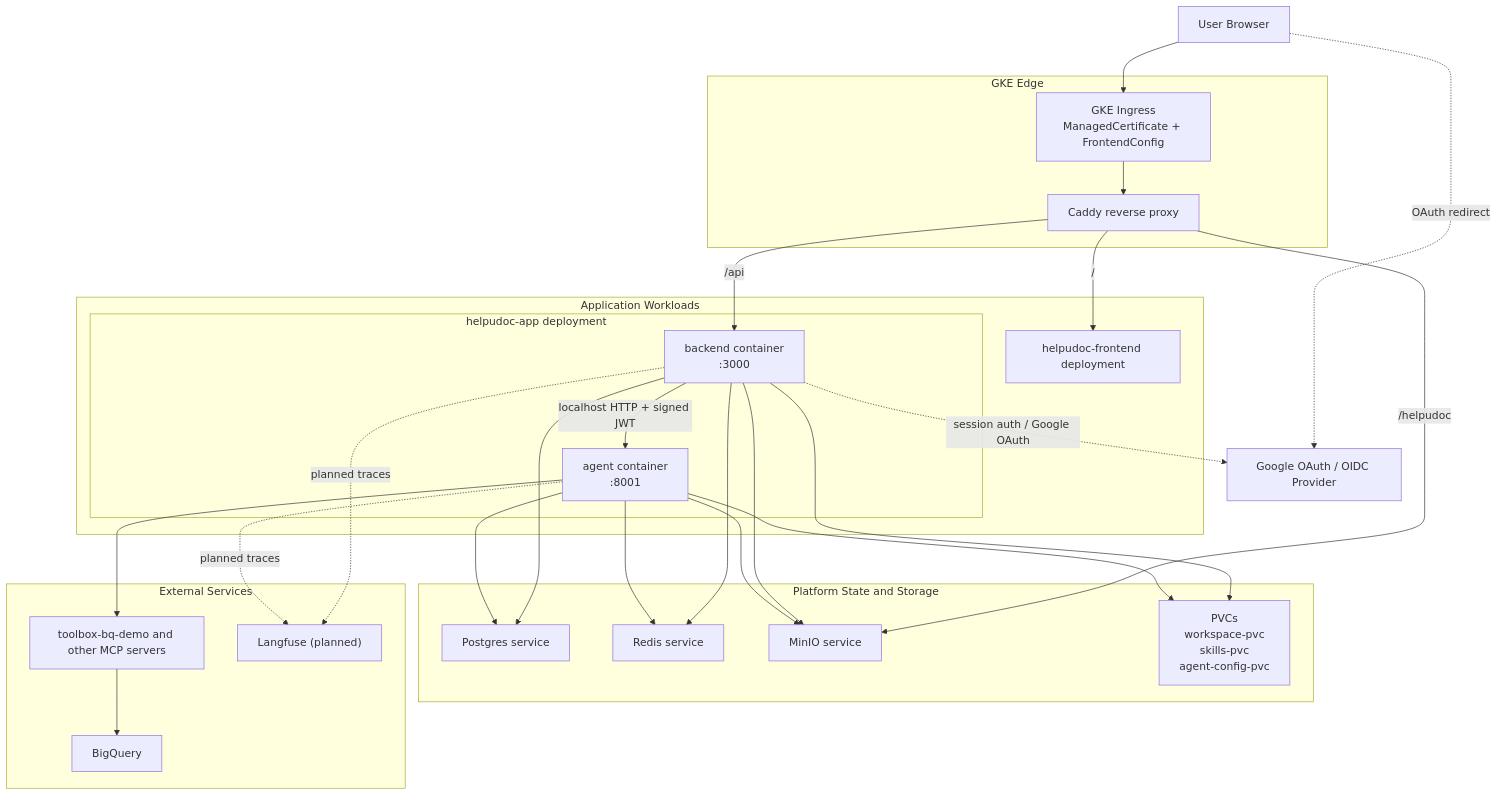
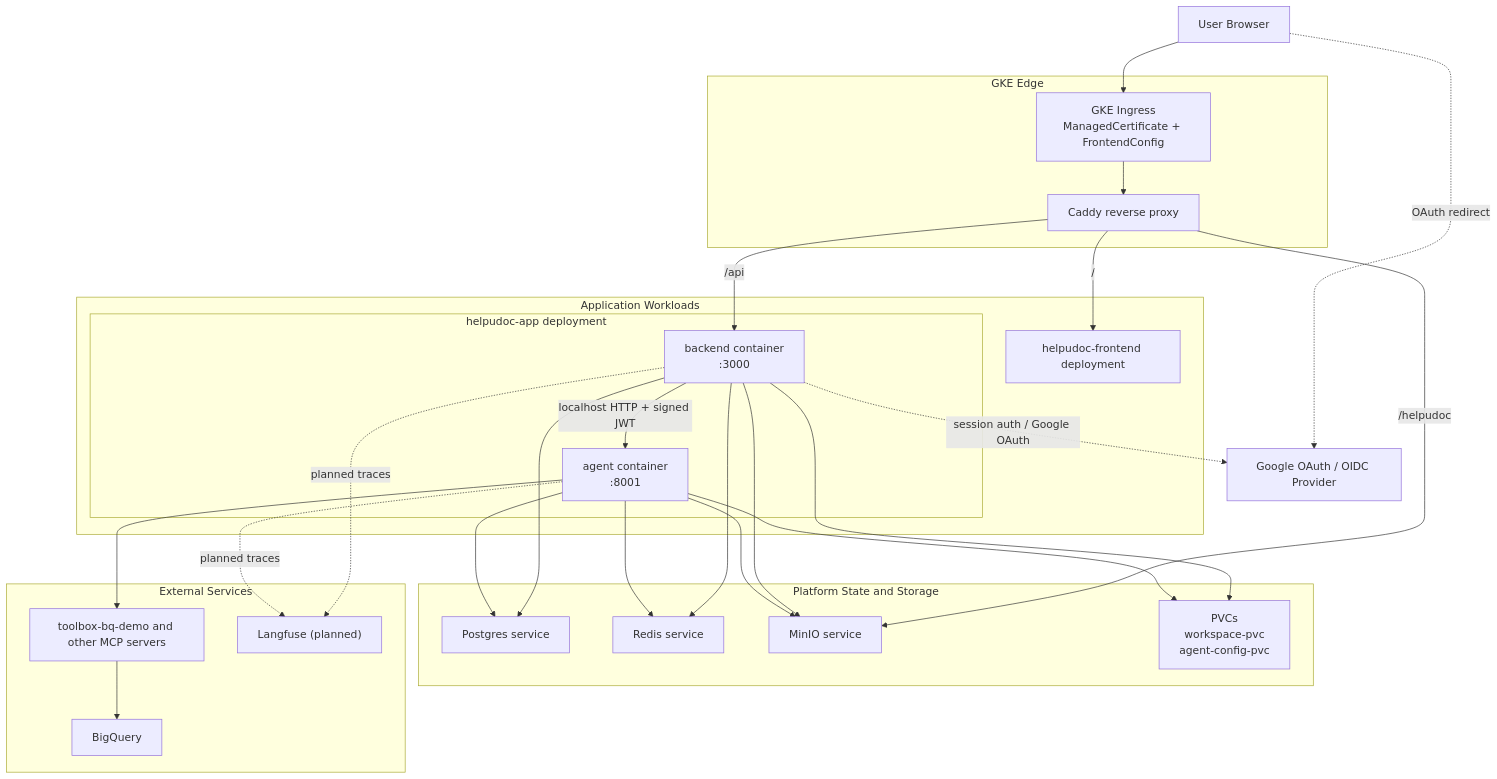
One commit to plc1220/HelpUDoc changed the third of 3 diagrams in docs/current-architecture.md. Above: the diagram before and after it, drawn with Mermaid. The commit also changed other lines of this file and 18 other files, not shown here.

````diff
--- a/docs/current-architecture.md
+++ b/docs/current-architecture.md
@@ -99,52 +99,52 @@
 ```mermaid
 flowchart TB
   U["User Browser"]
   IDP["Google OAuth / OIDC Provider"]
 
   subgraph EDGE["GKE Edge"]
     ING["GKE Ingress<br/>ManagedCertificate + FrontendConfig"]
     CAD["Caddy reverse proxy"]
   end
 
   subgraph APP["Application Workloads"]
     FE["helpudoc-frontend deployment"]
     subgraph POD["helpudoc-app deployment"]
       BE["backend container<br/>:3000"]
       AG["agent container<br/>:8001"]
     end
   end
 
   subgraph STATE["Platform State and Storage"]
     PG["Postgres service"]
     RD["Redis service"]
     MN["MinIO service"]
-    PVC["PVCs<br/>workspace-pvc<br/>skills-pvc<br/>agent-config-pvc"]
+    PVC["PVCs<br/>workspace-pvc<br/>agent-config-pvc"]
   end
 
   subgraph EXT["External Services"]
     MCP["toolbox-bq-demo and other MCP servers"]
     BQ["BigQuery"]
     LF["Langfuse (planned)"]
   end
 
   U --> ING
   ING --> CAD
   CAD -->|" / "| FE
   CAD -->|"/api"| BE
   CAD -->|"/helpudoc"| MN
   U -. "OAuth redirect" .-> IDP
   BE -. "session auth / Google OAuth" .-> IDP
   BE -->|"localhost HTTP + signed JWT"| AG
   BE --> PG
   BE --> RD
   BE --> MN
   AG --> PG
   AG --> RD
   AG --> MN
   BE --> PVC
   AG --> PVC
   AG --> MCP
   MCP --> BQ
   BE -. "planned traces" .-> LF
   AG -. "planned traces" .-> LF
 ```
````
